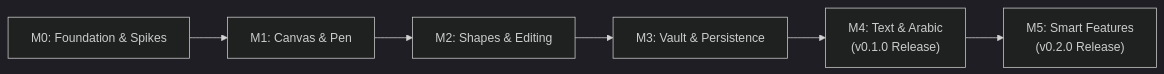
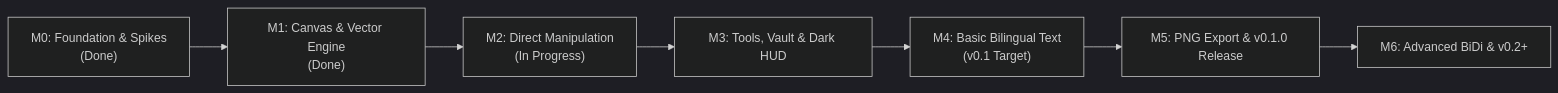
The diagram in docs/roadmap.md (abdulrahmanhossam/ruqa), drawn with Mermaid (dark theme) before and after one commit. The commit also changed other lines of this file and 8 other files, not shown here.

````diff
--- a/docs/roadmap.md
+++ b/docs/roadmap.md
@@ -7,8 +7,9 @@
 ```mermaid
 flowchart LR
-    M0["M0: Foundation & Spikes"] --> M1["M1: Canvas & Pen"]
-    M1 --> M2["M2: Shapes & Editing"]
-    M2 --> M3["M3: Vault & Persistence"]
-    M3 --> M4["M4: Text & Arabic<br/>(v0.1.0 Release)"]
-    M4 --> M5["M5: Smart Features<br/>(v0.2.0 Release)"]
+    M0["M0: Foundation & Spikes<br/>(Done)"] --> M1["M1: Canvas & Vector Engine<br/>(Done)"]
+    M1 --> M2["M2: Direct Manipulation<br/>(In Progress)"]
+    M2 --> M3["M3: Tools, Vault & Dark HUD"]
+    M3 --> M4["M4: Basic Bilingual Text<br/>(v0.1 Target)"]
+    M4 --> M5["M5: PNG Export & v0.1.0 Release"]
+    M5 --> M6["M6: Advanced BiDi & v0.2+"]
 ```
````
